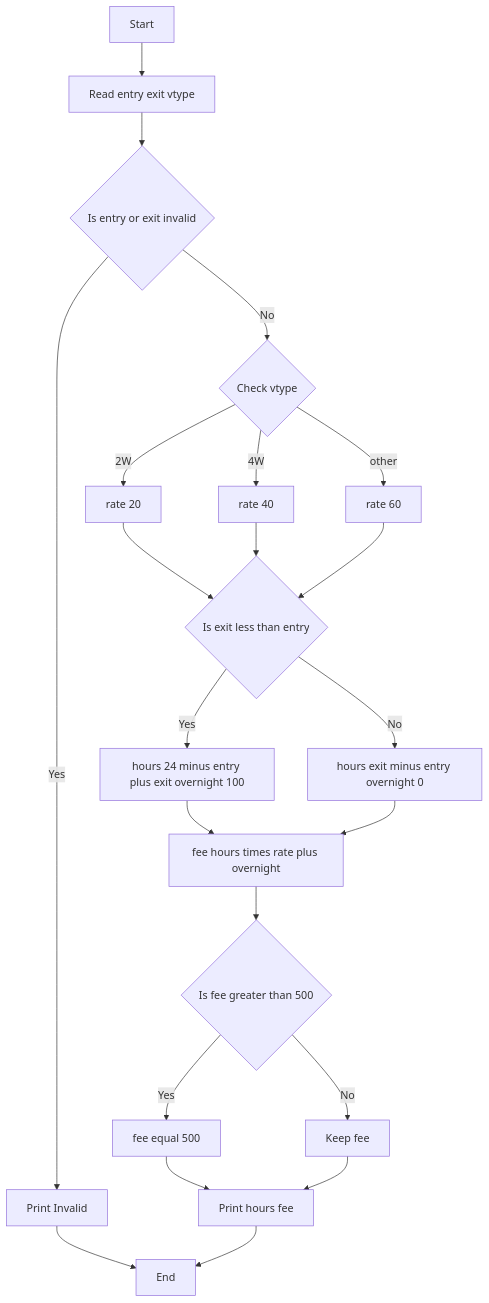
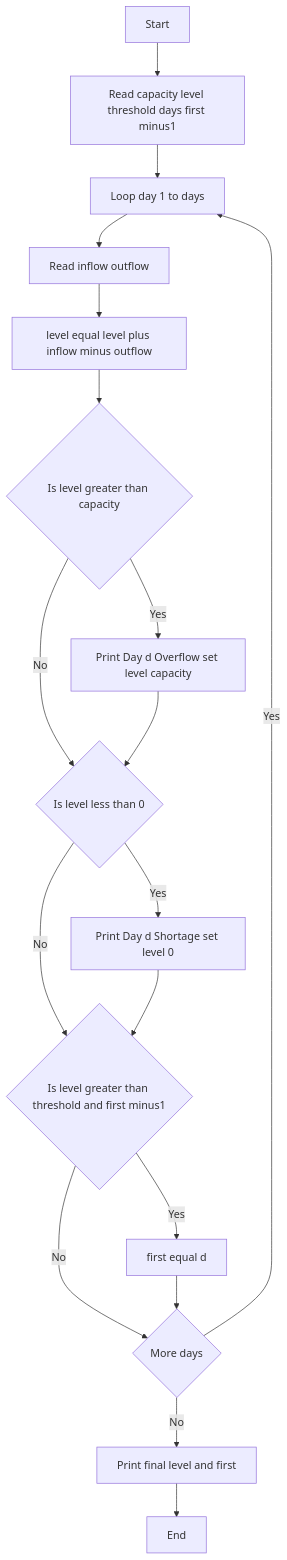
One commit to bhanusritirumala709-source/python-activity-Based-learning changed the diagram in task5/code.md. Above: the diagram before and after it, drawn with Mermaid. The commit also changed other lines of this file, not shown here.

````diff
--- a/task5/code.md
+++ b/task5/code.md
@@ -33,24 +26,20 @@
 ```mermaid
 flowchart TD
-    A[Start] --> B[Read entry exit vtype]
-    B --> C{Is entry or exit invalid}
-    C -- Yes --> D[Print Invalid]
-    C -- No --> E{Check vtype}
-    E -- 2W --> F[rate 20]
-    E -- 4W --> G[rate 40]
-    E -- other --> H[rate 60]
-    F --> I{Is exit less than entry}
-    G --> I
-    H --> I
-    I -- Yes --> J[hours 24 minus entry plus exit overnight 100]
-    I -- No --> K[hours exit minus entry overnight 0]
-    J --> L[fee hours times rate plus overnight]
+    A[Start] --> B[Read capacity level threshold days first minus1]
+    B --> C[Loop day 1 to days]
+    C --> D[Read inflow outflow]
+    D --> E[level equal level plus inflow minus outflow]
+    E --> F{Is level greater than capacity}
+    F -- Yes --> G[Print Day d Overflow set level capacity]
+    F -- No --> H{Is level less than 0}
+    G --> H
+    H -- Yes --> I[Print Day d Shortage set level 0]
+    H -- No --> J{Is level greater than threshold and first minus1}
+    I --> J
+    J -- Yes --> K[first equal d]
+    J -- No --> L{More days}
     K --> L
-    L --> M{Is fee greater than 500}
-    M -- Yes --> N[fee equal 500]
-    M -- No --> O[Keep fee]
-    N --> P[Print hours fee]
-    O --> P
-    D --> Q[End]
-    P --> Q
+    L -- Yes --> C
+    L -- No --> M[Print final level and first]
+    M --> N[End]
 ```
````
